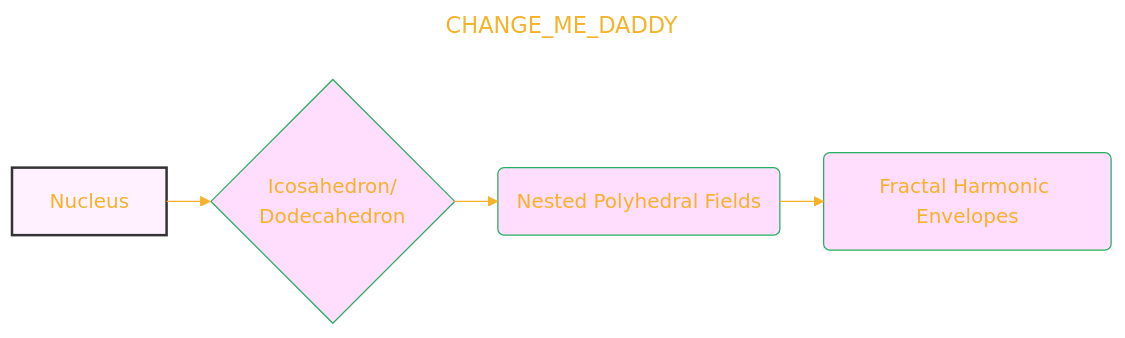
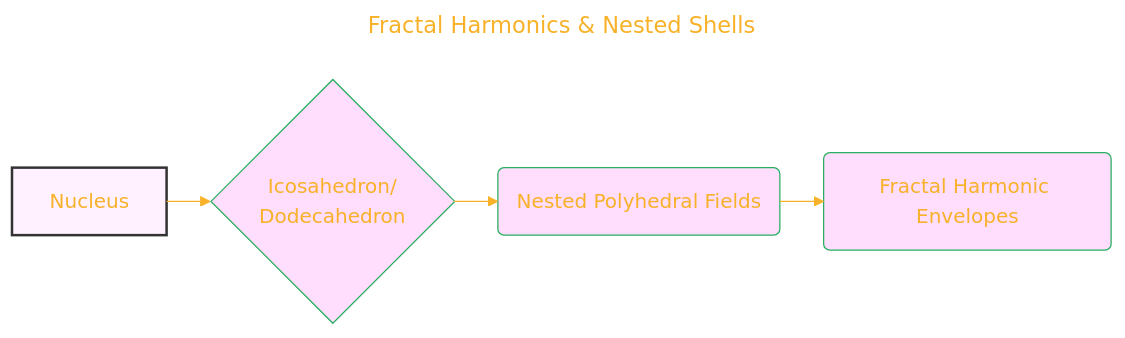
The fifth of 6 diagrams in Quantum_Harmonic_Atomic_Model/Quantum_Harmonic_Atomic_Model_Draft_9.md (CongLeSolutionX/Harmonic_Atomica), drawn with Mermaid before and after one commit. The commit also changed other lines of this file, not shown here.

````diff
--- a/Quantum_Harmonic_Atomic_Model/Quantum_Harmonic_Atomic_Model_Draft_9.md
+++ b/Quantum_Harmonic_Atomic_Model/Quantum_Harmonic_Atomic_Model_Draft_9.md
@@ -294,37 +294,37 @@
 ```mermaid
 ---
-title: "CHANGE_ME_DADDY"
+title: "Fractal Harmonics & Nested Shells"
 author: "Cong Le"
 version: "1.0"
 license(s): "MIT, CC BY 4.0"
 copyright: "Copyright (c) 2025 Cong Le. All Rights Reserved."
 config:
   layout: elk
   theme: base
 ---
 %%%%%%%% Mermaid version v11.4.1-b.14
 %%%%%%%% Available curve styles include the following keywords:
 %% basis, bumpX, bumpY, cardinal, catmullRom, linear, monotoneX, monotoneY, natural, step, stepAfter, stepBefore.
 %%{
   init: {
     'flowchart': { 'htmlLabels': false, 'curve': 'linear' },
     'fontFamily': 'Monaco',
     'themeVariables': {
       'primaryColor': '#F5E3',
       'primaryTextColor': '#F8B229',
       'lineColor': '#F8B229',
       'primaryBorderColor': '#27AE60',
       'secondaryColor': '#EBDEF0',
       'secondaryTextColor': '#6C3483',
       'secondaryBorderColor': '#A569BD'
     }
   }
 }%%
 flowchart LR
     A["Nucleus"] --> B{"Icosahedron/<br/>Dodecahedron"}
     B --> C("Nested Polyhedral Fields")
     C --> D("Fractal Harmonic Envelopes")
     
     style A fill:#f9f2,stroke:#333,stroke-width:2px
         
 ```
````
